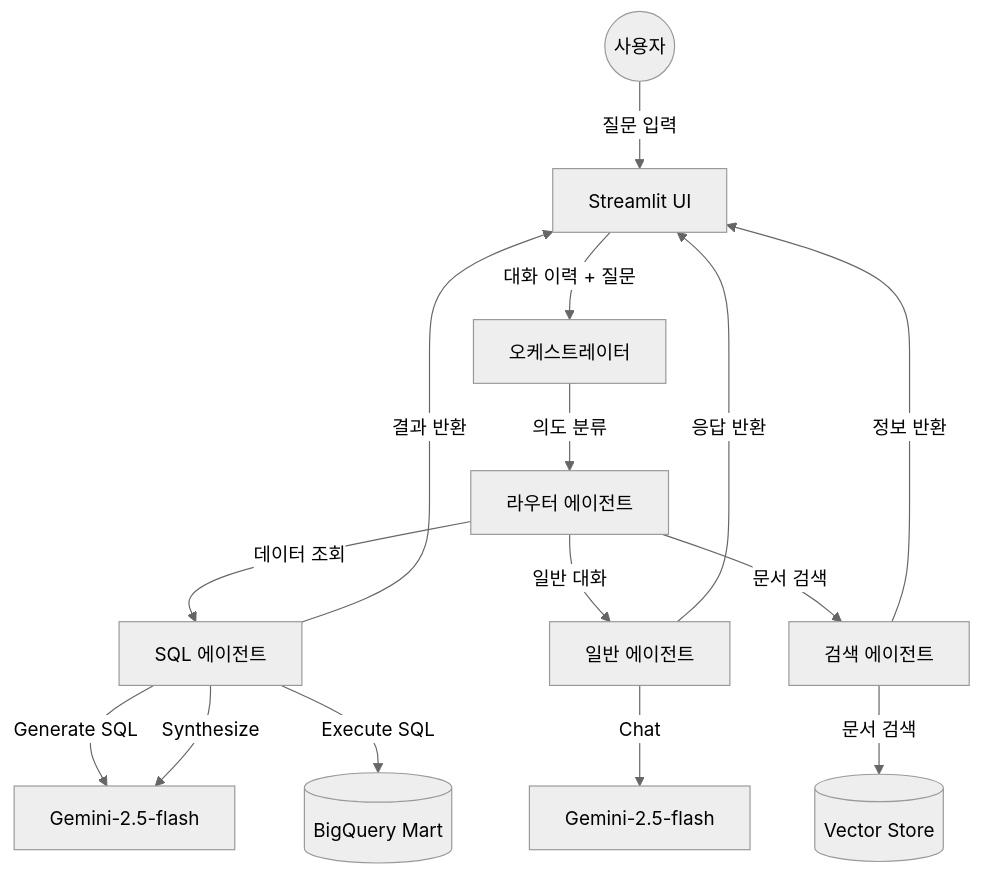
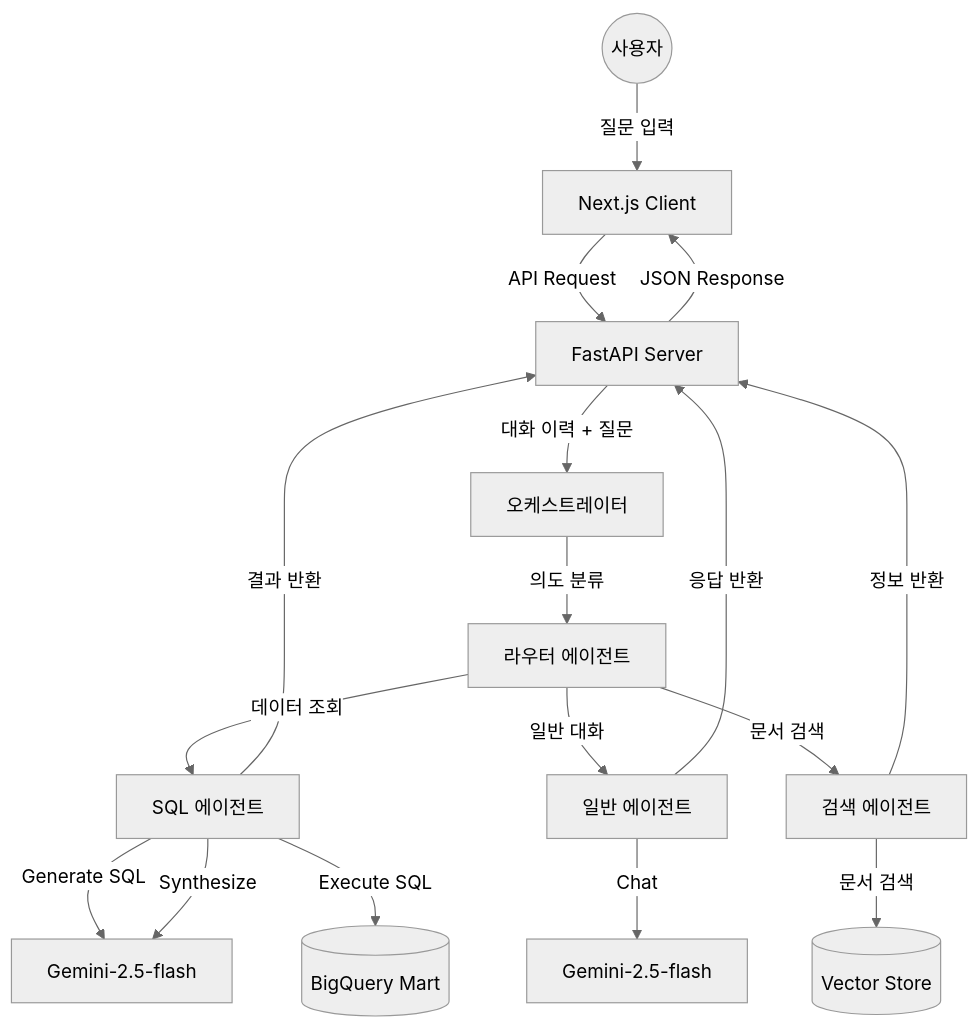
The first of 3 diagrams in SYSTEM_SPEC.md (jace-jungsoohan/ds_intelligent_assistant), drawn with Mermaid (neutral theme) before and after one commit. The commit also changed other lines of this file and 2 other files, not shown here.

Commit message:
docs: update system spec, dev summary and reports to reflect current architecture (Next.js/Recharts/FastAPI)

````diff
--- a/SYSTEM_SPEC.md
+++ b/SYSTEM_SPEC.md
@@ -29,23 +30,25 @@
 ```mermaid
 graph TD
-    User((사용자)) -->|질문 입력| UI[Streamlit UI]
-    UI -->|대화 이력 + 질문| Orchestrator[오케스트레이터]
+    User((사용자)) -->|질문 입력| Frontend[Next.js Client]
+    Frontend -->|API Request| Backend[FastAPI Server]
+    Backend -->|대화 이력 + 질문| Orchestrator[오케스트레이터]
     
     Orchestrator -->|의도 분류| Router[라우터 에이전트]
     
     Router -->|데이터 조회| SQL[SQL 에이전트]
     Router -->|일반 대화| General[일반 에이전트]
     Router -->|문서 검색| Retrieval[검색 에이전트]
     
     SQL -->|Generate SQL| LLM1[Gemini-2.5-flash]
     SQL -->|Execute SQL| BQ[(BigQuery Mart)]
     SQL -->|Synthesize| LLM1
     
     General -->|Chat| LLM2[Gemini-2.5-flash]
     
     Retrieval -->|문서 검색| VectorDB[(Vector Store)]
     
-    SQL -->|결과 반환| UI
-    General -->|응답 반환| UI
-    Retrieval -->|정보 반환| UI
+    SQL -->|결과 반환| Backend
+    General -->|응답 반환| Backend
+    Retrieval -->|정보 반환| Backend
+    Backend -->|JSON Response| Frontend
 ```
````
